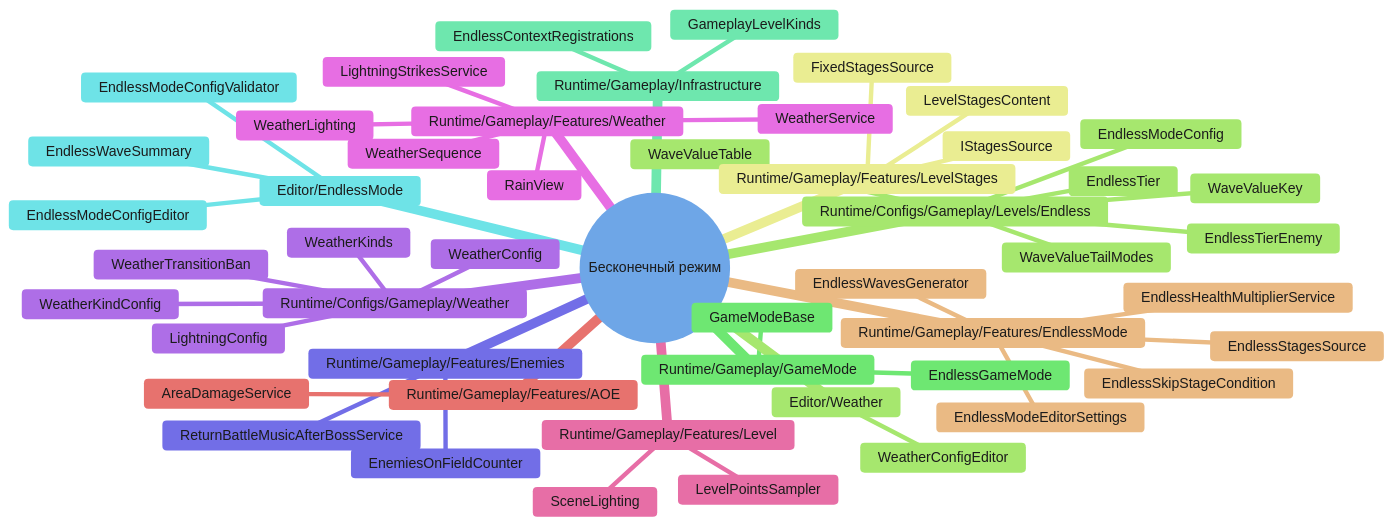
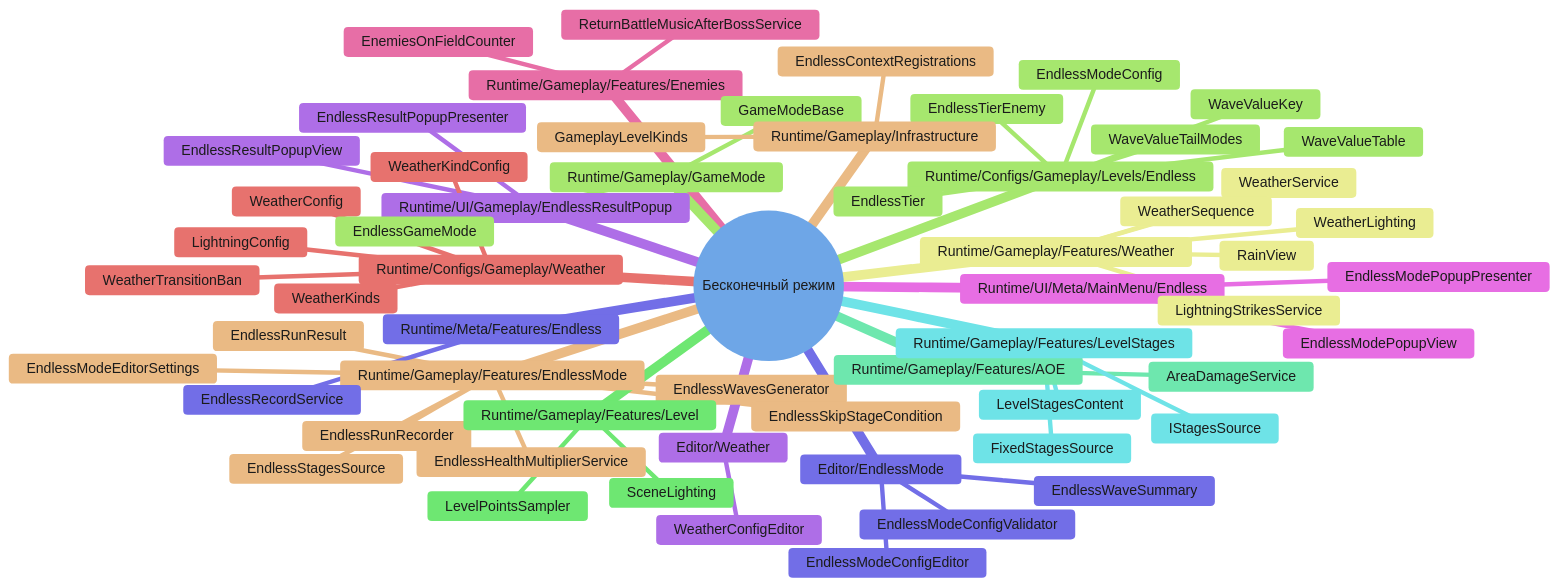
Diagram 33 of 33 in Docs/EndlessModeArchitecture.md (TheImperialGuard/KingdomStandTD), drawn with Mermaid before and after one commit. The commit also changed other lines of this file, not shown here.

Commit message:
docs(endless): Draw the record, the result window and the mode window of the endless mode

````diff
--- a/Docs/EndlessModeArchitecture.md
+++ b/Docs/EndlessModeArchitecture.md
@@ -943,54 +1081,64 @@
 ```mermaid
 %%{init: {"theme": "base", "themeVariables": {"primaryColor": "#dbe9f9", "primaryTextColor": "#1b1b1b", "primaryBorderColor": "#5b8fd1", "lineColor": "#8b949e", "textColor": "#8b949e"}}}%%
 mindmap
   root((Бесконечный режим))
     Runtime/Configs/Gameplay/Levels/Endless
       EndlessModeConfig
       EndlessTier
       EndlessTierEnemy
       WaveValueTable
       WaveValueKey
       WaveValueTailModes
     Runtime/Gameplay/Features/EndlessMode
       EndlessWavesGenerator
       EndlessStagesSource
       EndlessHealthMultiplierService
       EndlessSkipStageCondition
       EndlessModeEditorSettings
+      EndlessRunRecorder
+      EndlessRunResult
+    Runtime/Meta/Features/Endless
+      EndlessRecordService
+    Runtime/UI/Gameplay/EndlessResultPopup
+      EndlessResultPopupView
+      EndlessResultPopupPresenter
+    Runtime/UI/Meta/MainMenu/Endless
+      EndlessModePopupView
+      EndlessModePopupPresenter
     Runtime/Gameplay/Features/Enemies
       EnemiesOnFieldCounter
       ReturnBattleMusicAfterBossService
     Runtime/Configs/Gameplay/Weather
       WeatherConfig
       WeatherKindConfig
       WeatherKinds
       WeatherTransitionBan
       LightningConfig
     Runtime/Gameplay/Features/Weather
       WeatherService
       WeatherSequence
       WeatherLighting
       RainView
       LightningStrikesService
     Runtime/Gameplay/Features/Level
       SceneLighting
       LevelPointsSampler
     Runtime/Gameplay/Features/AOE
       AreaDamageService
     Runtime/Gameplay/Features/LevelStages
       IStagesSource
       FixedStagesSource
       LevelStagesContent
     Runtime/Gameplay/GameMode
       GameModeBase
       EndlessGameMode
     Runtime/Gameplay/Infrastructure
       EndlessContextRegistrations
       GameplayLevelKinds
     Editor/EndlessMode
       EndlessModeConfigEditor
       EndlessModeConfigValidator
       EndlessWaveSummary
     Editor/Weather
       WeatherConfigEditor
 ```
````
